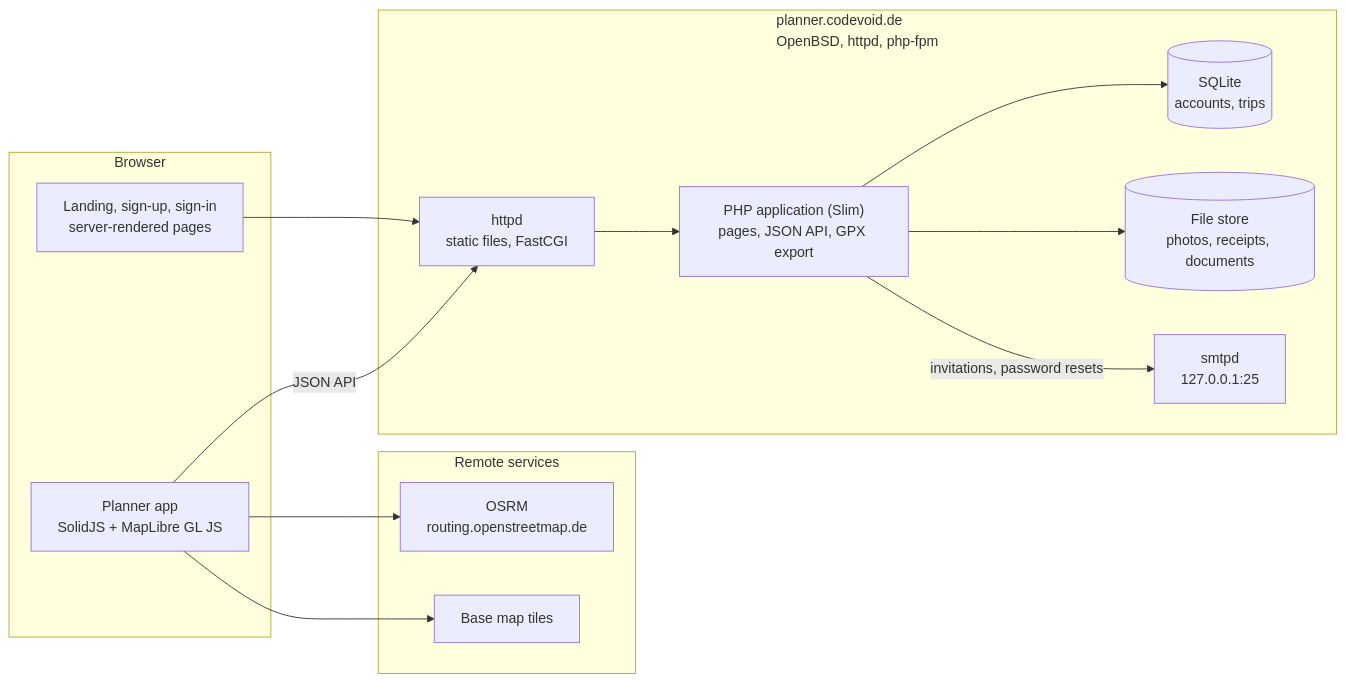
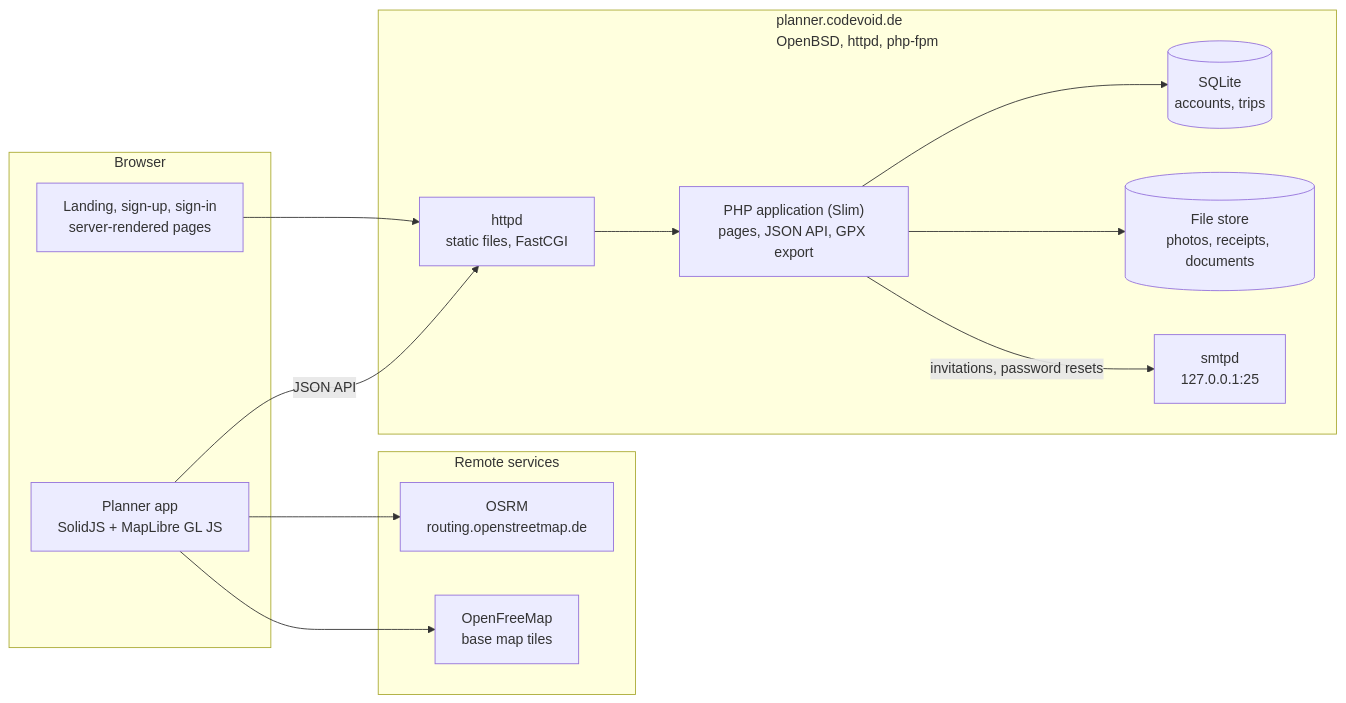
The first of 3 diagrams in .github/architecture.md (c0dev0id/TripPlanner), drawn with Mermaid before and after one commit. The commit also changed other lines of this file and 6 other files, not shown here.

````diff
--- a/.github/architecture.md
+++ b/.github/architecture.md
@@ -8,26 +8,26 @@
 ```mermaid
 flowchart LR
   subgraph browser["Browser"]
     pages["Landing, sign-up, sign-in<br/>server-rendered pages"]
     app["Planner app<br/>SolidJS + MapLibre GL JS"]
   end
   subgraph server["planner.codevoid.de<br/>OpenBSD, httpd, php-fpm"]
     httpd["httpd<br/>static files, FastCGI"]
     php["PHP application (Slim)<br/>pages, JSON API, GPX export"]
     db[("SQLite<br/>accounts, trips")]
     files[("File store<br/>photos, receipts, documents")]
     smtpd["smtpd<br/>127.0.0.1:25"]
   end
   subgraph remote["Remote services"]
     osrm["OSRM<br/>routing.openstreetmap.de"]
-    tiles["Base map tiles"]
+    tiles["OpenFreeMap<br/>base map tiles"]
   end
   pages --> httpd
   app -->|JSON API| httpd
   httpd --> php
   php --> db
   php --> files
   php -->|invitations, password resets| smtpd
   app --> osrm
   app --> tiles
 ```
````
